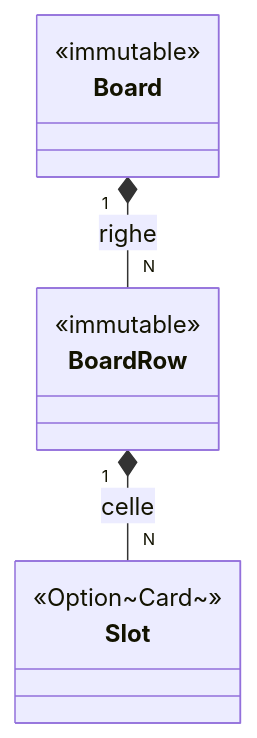
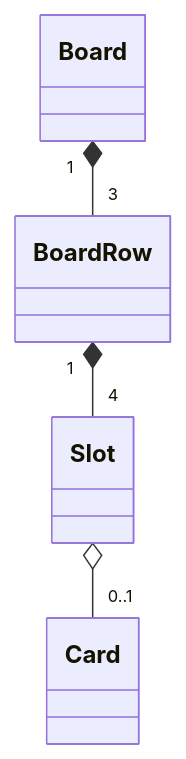
One commit to GiuseppeGambacorta/PPS-25-SCRYPTION changed the diagram in docs/Design di dettaglio/board.md. Above: the diagram before and after it, drawn with Mermaid. The commit also changed other lines of this file and 3 other files, not shown here.

```diff
--- a/docs/Design di dettaglio/board.md
+++ b/docs/Design di dettaglio/board.md
@@ -13,15 +12,20 @@
 <pre class="mermaid">
 classDiagram
+    direction TB
+
     class Board {
-        <<immutable>>
-    }
-    class BoardRow {
-        <<immutable>>
-    }
-    class Slot {
-        <<Option~Card~>>
     }
 
-    Board "1" *-- "N" BoardRow : righe
-    BoardRow "1" *-- "N" Slot : celle
+    class BoardRow {
+    }
+
+    class Slot {
+    }
+
+    class Card {
+    }
+
+    Board "1" *-- "3" BoardRow
+    BoardRow "1" *-- "4" Slot
+    Slot o-- "0..1" Card
 </pre>
```
